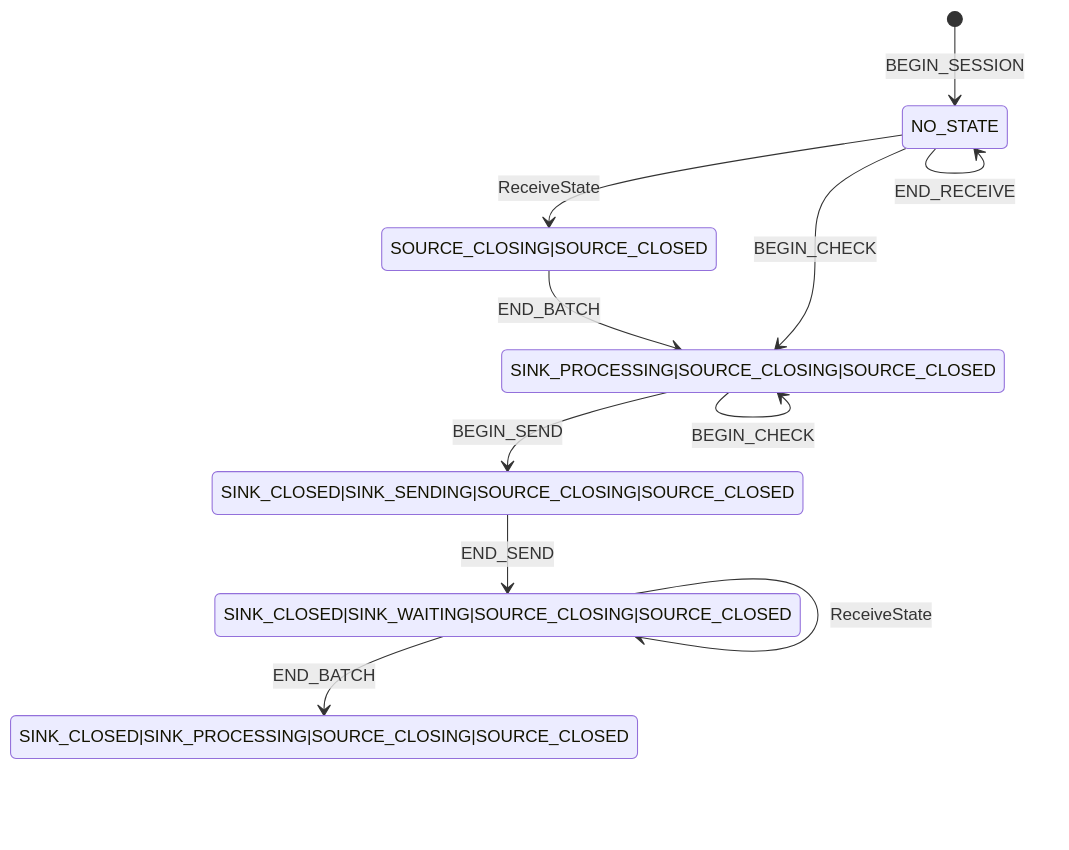
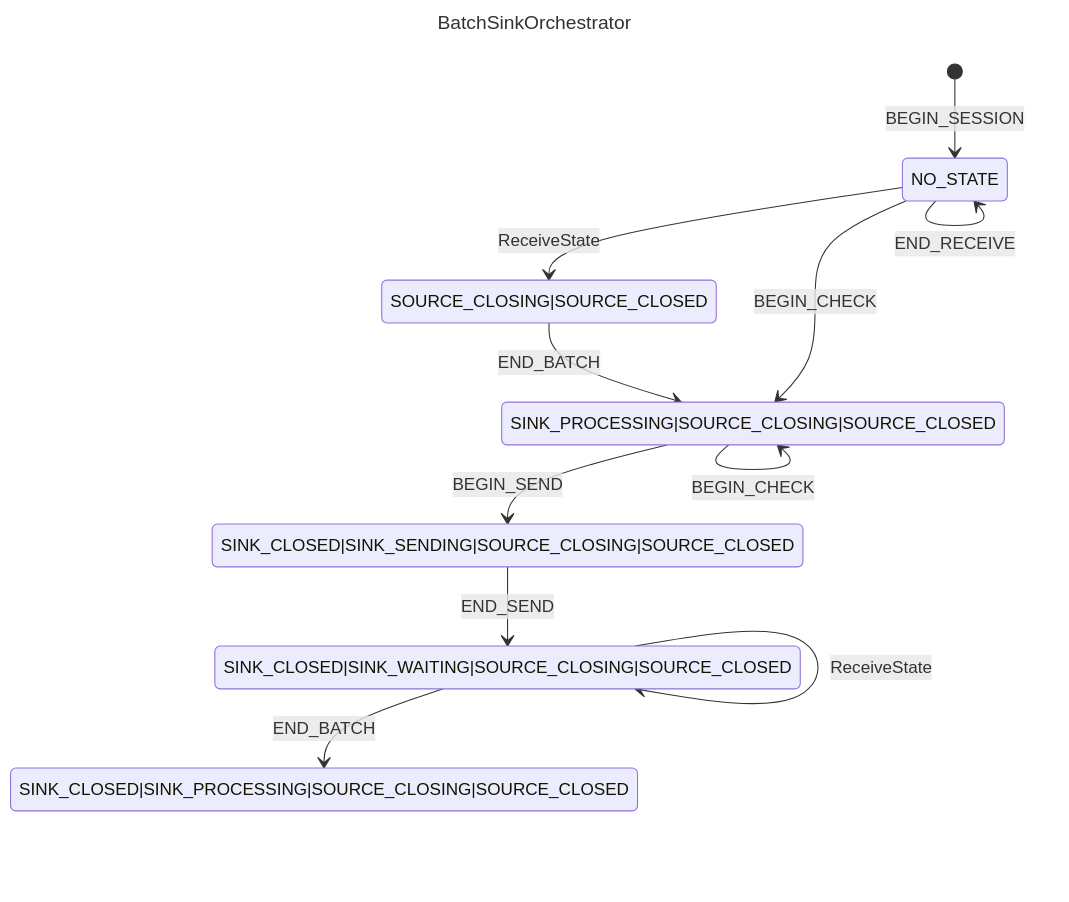
One commit to fission-codes/go-car-mirror changed the second of 2 diagrams in README.md. Above: the diagram before and after it, drawn with Mermaid. The commit also changed other lines of this file and 2 other files, not shown here.

Commit message:
Cleaner diagram generation

````diff
--- a/README.md
+++ b/README.md
@@ -70,19 +71,22 @@
 ```mermaid
+---
+title: BatchSinkOrchestrator
+---
 stateDiagram-v2
   [*] --> NO_STATE: BEGIN_SESSION
   NO_STATE --> NO_STATE: BEGIN_BATCH
   NO_STATE --> NO_STATE: BEGIN_RECEIVE
   NO_STATE --> NO_STATE: END_RECEIVE
   NO_STATE --> SOURCE_CLOSING|SOURCE_CLOSED: ReceiveState
   SOURCE_CLOSING|SOURCE_CLOSED --> SINK_PROCESSING|SOURCE_CLOSING|SOURCE_CLOSED: END_BATCH
   NO_STATE --> SINK_PROCESSING|SOURCE_CLOSING|SOURCE_CLOSED: BEGIN_CHECK
   SINK_PROCESSING|SOURCE_CLOSING|SOURCE_CLOSED --> SINK_PROCESSING|SOURCE_CLOSING|SOURCE_CLOSED: END_CHECK
   SINK_PROCESSING|SOURCE_CLOSING|SOURCE_CLOSED --> SINK_PROCESSING|SOURCE_CLOSING|SOURCE_CLOSED: BEGIN_CHECK
   SINK_PROCESSING|SOURCE_CLOSING|SOURCE_CLOSED --> SINK_CLOSED|SINK_SENDING|SOURCE_CLOSING|SOURCE_CLOSED: BEGIN_SEND
   SINK_CLOSED|SINK_SENDING|SOURCE_CLOSING|SOURCE_CLOSED --> SINK_CLOSED|SINK_WAITING|SOURCE_CLOSING|SOURCE_CLOSED: END_SEND
   SINK_CLOSED|SINK_WAITING|SOURCE_CLOSING|SOURCE_CLOSED --> SINK_CLOSED|SINK_WAITING|SOURCE_CLOSING|SOURCE_CLOSED: END_CHECK
   SINK_CLOSED|SINK_WAITING|SOURCE_CLOSING|SOURCE_CLOSED --> SINK_CLOSED|SINK_WAITING|SOURCE_CLOSING|SOURCE_CLOSED: END_SESSION
   SINK_CLOSED|SINK_WAITING|SOURCE_CLOSING|SOURCE_CLOSED --> SINK_CLOSED|SINK_WAITING|SOURCE_CLOSING|SOURCE_CLOSED: BEGIN_BATCH
   SINK_CLOSED|SINK_WAITING|SOURCE_CLOSING|SOURCE_CLOSED --> SINK_CLOSED|SINK_WAITING|SOURCE_CLOSING|SOURCE_CLOSED: ReceiveState
   SINK_CLOSED|SINK_WAITING|SOURCE_CLOSING|SOURCE_CLOSED --> SINK_CLOSED|SINK_PROCESSING|SOURCE_CLOSING|SOURCE_CLOSED: END_BATCH
 ```
````
